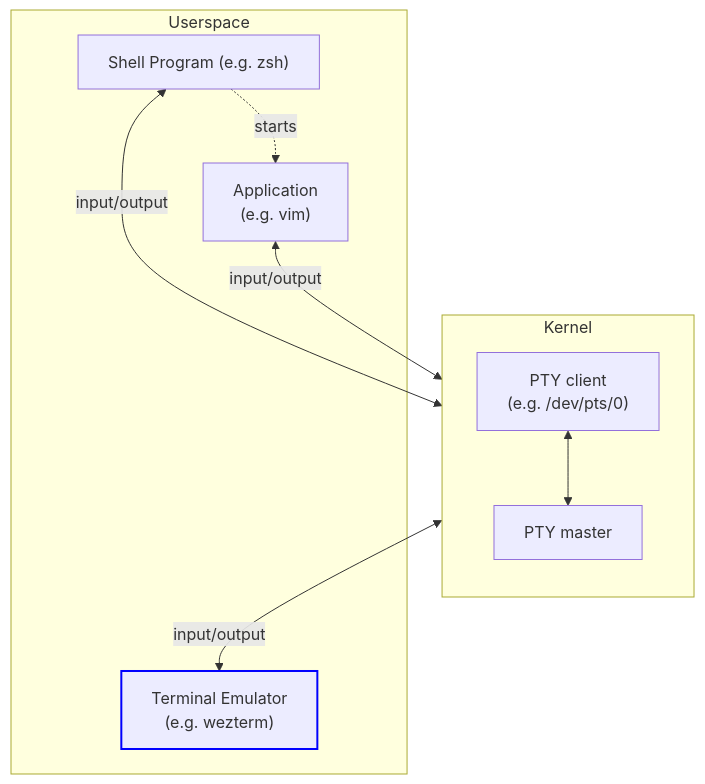
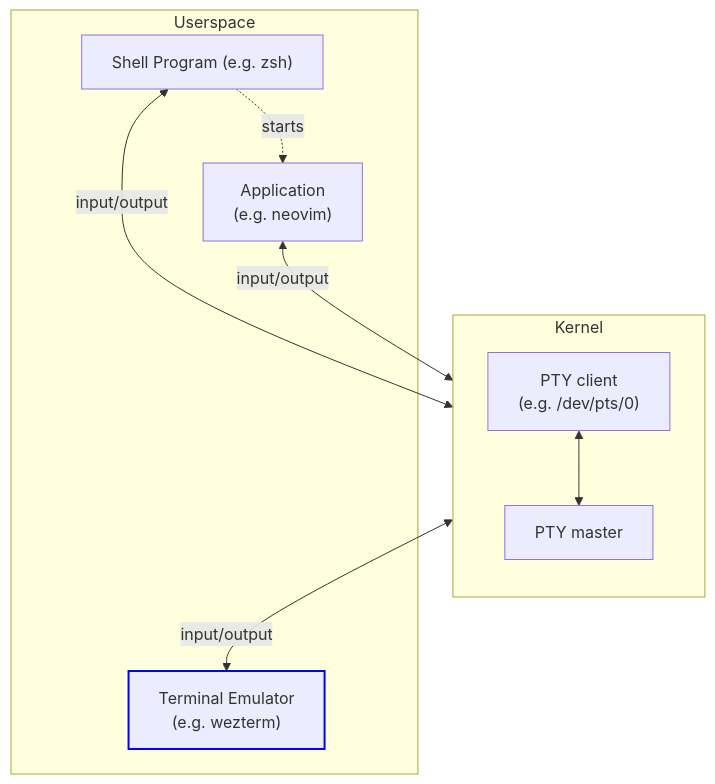
The third of 3 diagrams in docs/what-is-a-terminal.md (wezterm/wezterm), drawn with Mermaid before and after one commit. The commit also changed other lines of this file, not shown here.

Commit message:
docs: Fix mermaid newlines in what-is-a-terminal.md (#7195)

````diff
--- a/docs/what-is-a-terminal.md
+++ b/docs/what-is-a-terminal.md
@@ -223,17 +224,20 @@
 ```mermaid
-flowchart 
+flowchart
     subgraph Kernel
         direction TB
-        PTYC["PTY client\n(e.g. /dev/pts/0)"] 
+        PTYC["PTY client<br>(e.g. /dev/pts/0)"]
         PTYM[PTY master]
         PTYC <--> PTYM
     end
-    
+
     subgraph Userspace
-    SHELL["Shell Program (e.g. zsh)"] <-- input/output --> PTYC
-    SHELL -. "starts" .-> APP
-    APP["Application\n(e.g. vim)"] <-- input/output --> PTYC
-    PTYM  <-- input/output -->  TE["Terminal Emulator\n(e.g. wezterm)"]:::wezterm
+        SHELL["Shell Program (e.g. zsh)"] <-- input/output --> PTYC
+        SHELL -. "starts" .-> APP
+        APP["Application<br>(e.g. neovim)"] <-- input/output --> PTYC
+        PTYM  <-- input/output -->  TE
+        TE["Terminal Emulator<br>(e.g. wezterm)"]:::wezterm
+
+    end
+
     classDef wezterm stroke:#00F,stroke-width:2px
-    end
 ```
````
